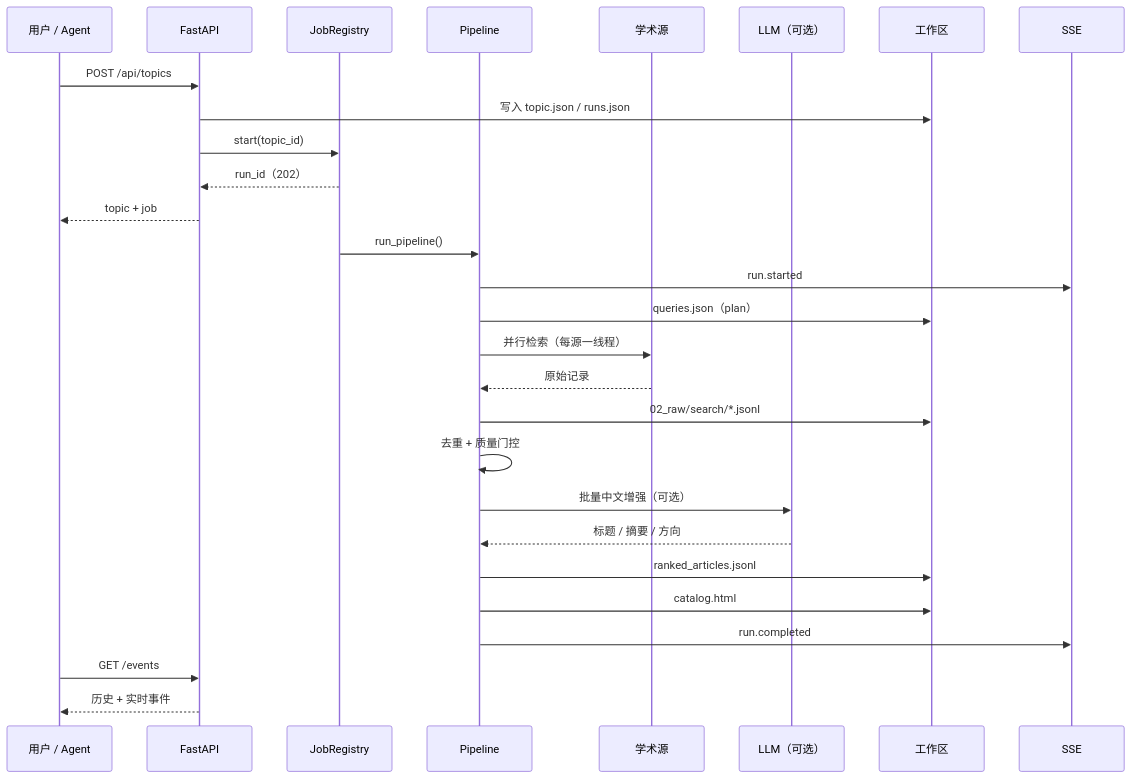
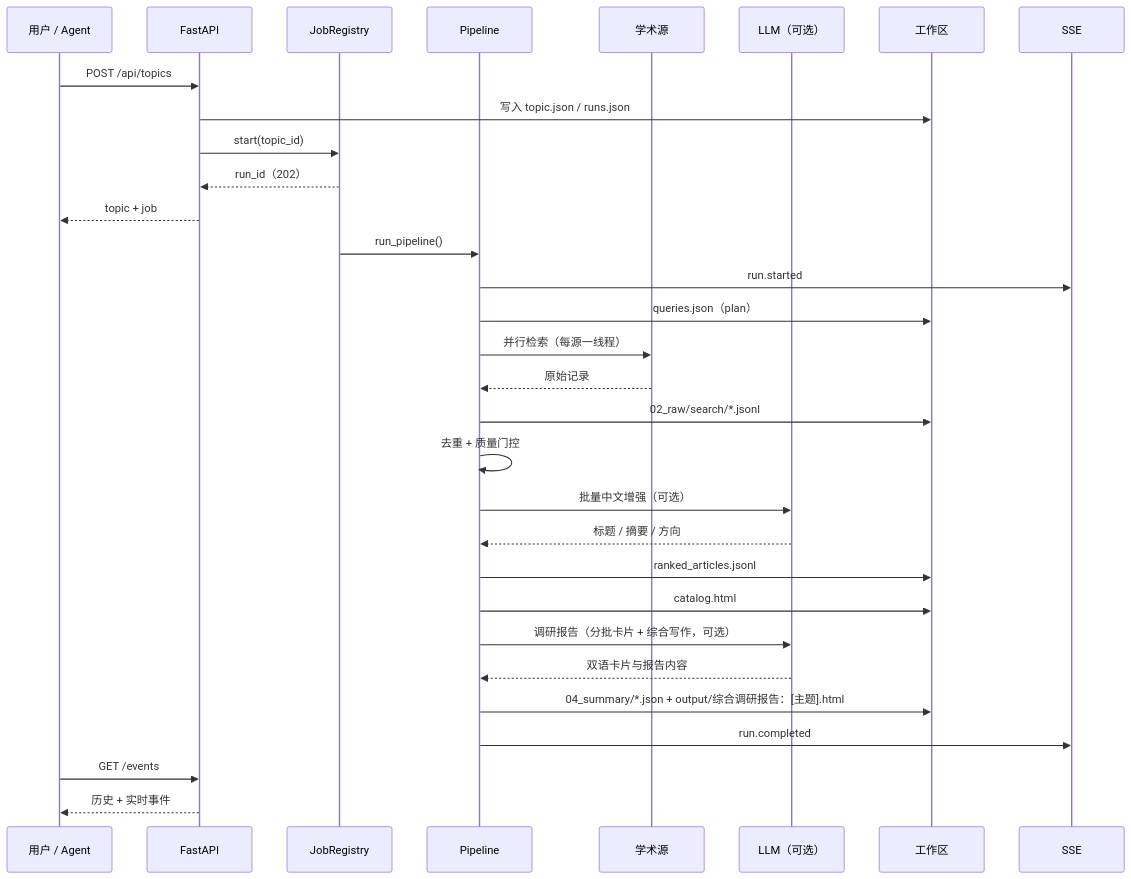
One commit to njuptemmm/Sextant changed the diagram in docs/agent-flow.md. Above: the diagram before and after it, drawn with Mermaid. The commit also changed other lines of this file and 25 other files, not shown here.

````diff
--- a/docs/agent-flow.md
+++ b/docs/agent-flow.md
@@ -7,31 +7,34 @@
 ```mermaid
 sequenceDiagram
     participant U as 用户 / Agent
     participant API as FastAPI
     participant J as JobRegistry
     participant P as Pipeline
     participant S as 学术源
     participant L as LLM（可选）
     participant W as 工作区
     participant E as SSE
 
     U->>API: POST /api/topics
     API->>W: 写入 topic.json / runs.json
     API->>J: start(topic_id)
     J-->>API: run_id（202）
     API-->>U: topic + job
     J->>P: run_pipeline()
     P->>E: run.started
     P->>W: queries.json（plan）
     P->>S: 并行检索（每源一线程）
     S-->>P: 原始记录
     P->>W: 02_raw/search/*.jsonl
     P->>P: 去重 + 质量门控
     P->>L: 批量中文增强（可选）
     L-->>P: 标题 / 摘要 / 方向
     P->>W: ranked_articles.jsonl
     P->>W: catalog.html
+    P->>L: 调研报告（分批卡片 + 综合写作，可选）
+    L-->>P: 双语卡片与报告内容
+    P->>W: 04_summary/*.json + output/综合调研报告：[主题].html
     P->>E: run.completed
     U->>API: GET /events
     API-->>U: 历史 + 实时事件
 ```
````
